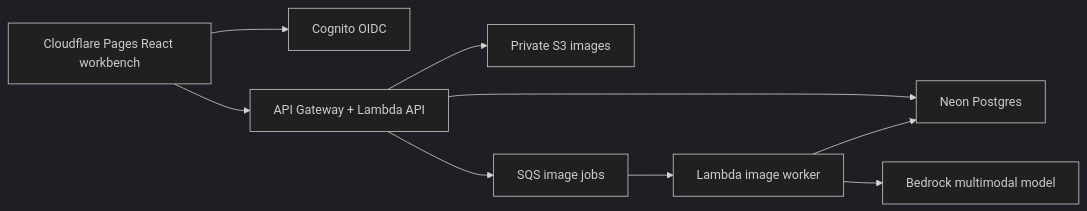
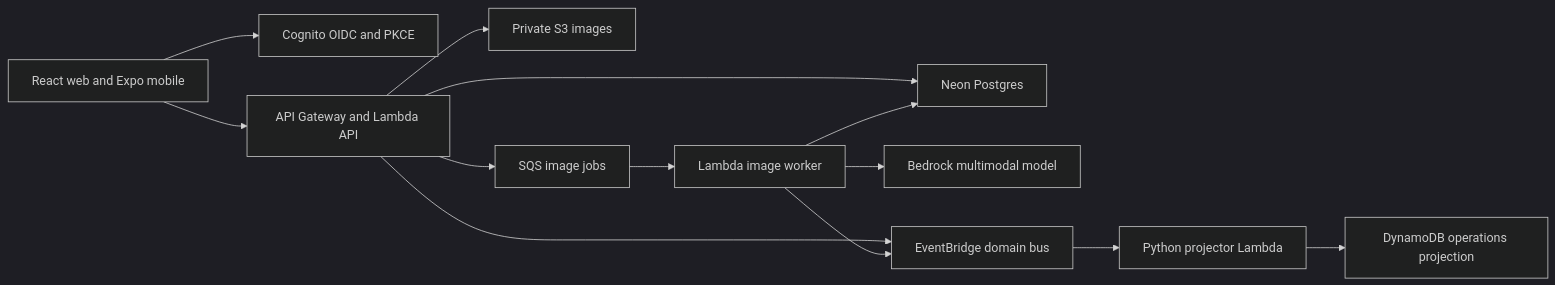
The diagram in README.md (manynames3/inspectiq), drawn with Mermaid (dark theme) before and after one commit. The commit also changed other lines of this file and 162 other files, not shown here.

Commit message:
Build event, mobile, and evidence provenance foundations

````diff
--- a/README.md
+++ b/README.md
@@ -170,11 +175,15 @@
 ```mermaid
 flowchart LR
-  Web[Cloudflare Pages React workbench] --> Auth[Cognito OIDC]
-  Web --> API[API Gateway + Lambda API]
+  Clients[React web and Expo mobile] --> Auth[Cognito OIDC and PKCE]
+  Clients --> API[API Gateway and Lambda API]
   API --> PG[Neon Postgres]
   API --> S3[Private S3 images]
   API --> SQS[SQS image jobs]
   SQS --> Worker[Lambda image worker]
   Worker --> Bedrock[Bedrock multimodal model]
   Worker --> PG
+  API --> Bus[EventBridge domain bus]
+  Worker --> Bus
+  Bus --> Projector[Python projector Lambda]
+  Projector --> DDB[DynamoDB operations projection]
 ```
````
